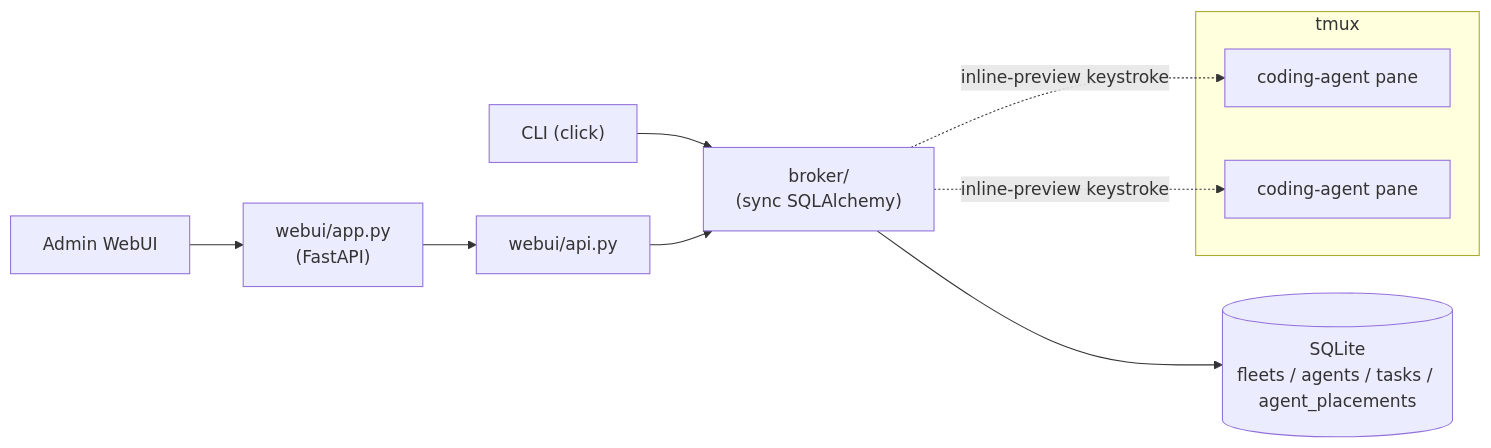
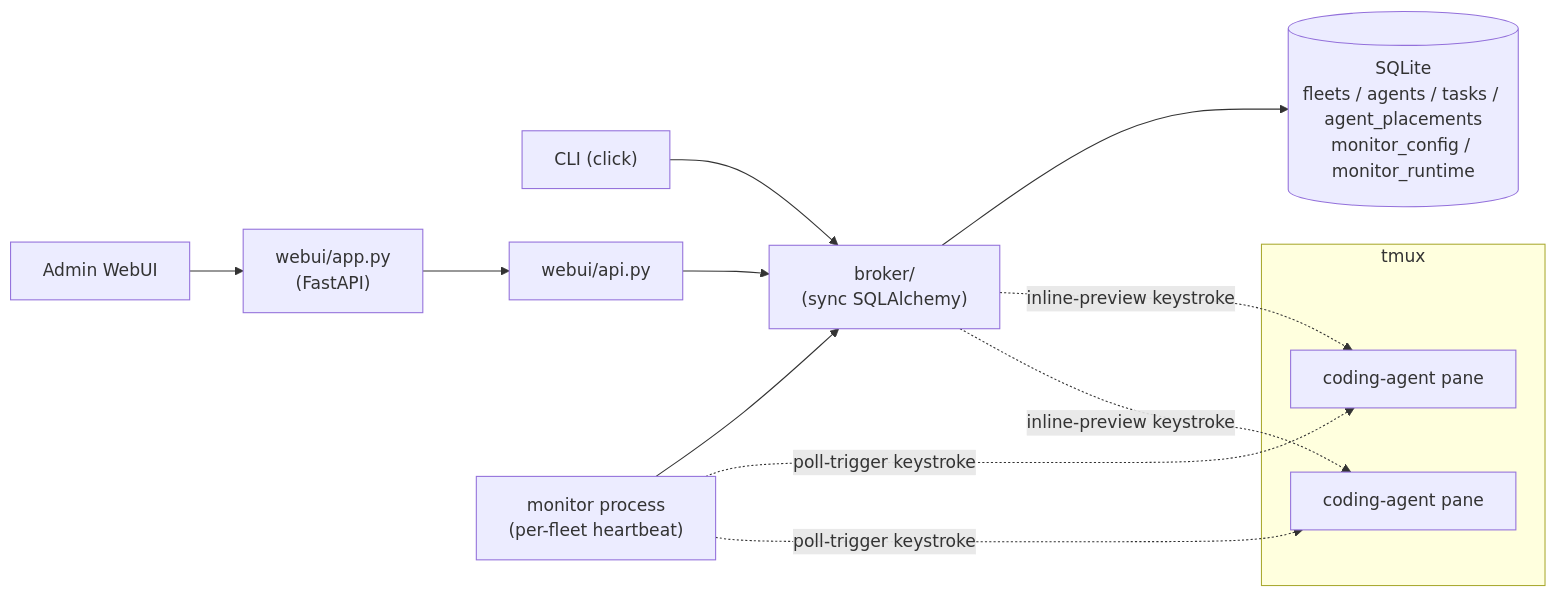
Before and after one commit to himkt/cafleet: the diagram in docs/concepts/overview.md, drawn with Mermaid. The commit also changed other lines of this file and 26 other files, not shown here.

````diff
--- a/docs/concepts/overview.md
+++ b/docs/concepts/overview.md
@@ -31,15 +32,18 @@
 ```mermaid
 %%{init: {'theme': 'default', 'themeVariables': {'fontSize': '16px'}}}%%
 flowchart LR
     CLI["CLI (click)"] --> Broker["broker/<br/>(sync SQLAlchemy)"]
     WebUI["Admin WebUI"] --> Server["webui/app.py<br/>(FastAPI)"]
     Server --> WebUIAPI["webui/api.py"]
     WebUIAPI --> Broker
-    Broker --> DB[(SQLite<br/>fleets / agents / tasks / agent_placements)]
+    Monitor["monitor process<br/>(per-fleet heartbeat)"] --> Broker
+    Broker --> DB[(SQLite<br/>fleets / agents / tasks / agent_placements<br/>monitor_config / monitor_runtime)]
     subgraph Multiplexer["tmux"]
         PaneA["coding-agent pane"]
         PaneB["coding-agent pane"]
     end
     Broker -. inline-preview keystroke .-> PaneA
     Broker -. inline-preview keystroke .-> PaneB
+    Monitor -. poll-trigger keystroke .-> PaneA
+    Monitor -. poll-trigger keystroke .-> PaneB
 ```
````
